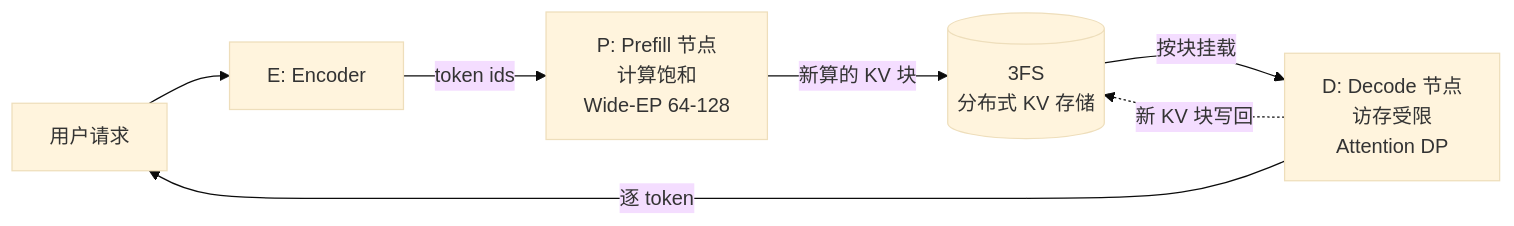
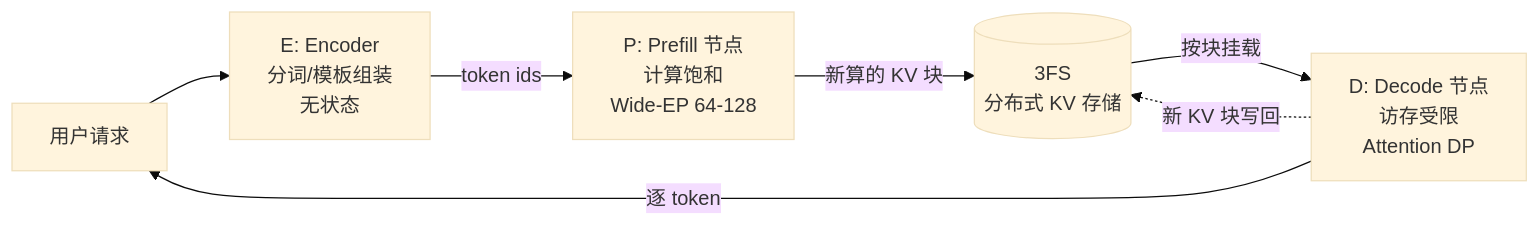
Before and after one commit to wanglh39/deepinfer-lab: the diagram in docs/guide/03-architecture.md, drawn with Mermaid (base theme). The commit also changed other lines of this file and 17 other files, not shown here.

````diff
--- a/docs/guide/03-architecture.md
+++ b/docs/guide/03-architecture.md
@@ -63,9 +39,9 @@
 ```mermaid
 flowchart LR
-    U[用户请求] --> E[E: Encoder]
+    U[用户请求] --> E[E: Encoder<br/>分词/模板组装<br/>无状态]
     E -->|token ids| P["P: Prefill 节点<br/>计算饱和<br/>Wide-EP 64-128"]
     P -->|新算的 KV 块| FS[("3FS<br/>分布式 KV 存储")]
     FS -->|按块挂载| D["D: Decode 节点<br/>访存受限<br/>Attention DP"]
     D -->|逐 token| U
     D -.->|新 KV 块写回| FS
 ```
````
